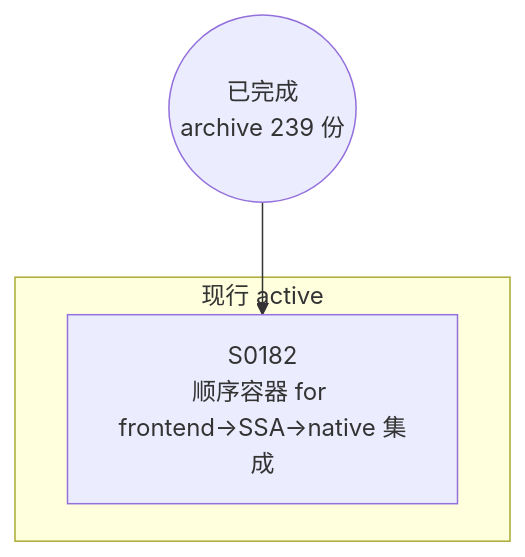
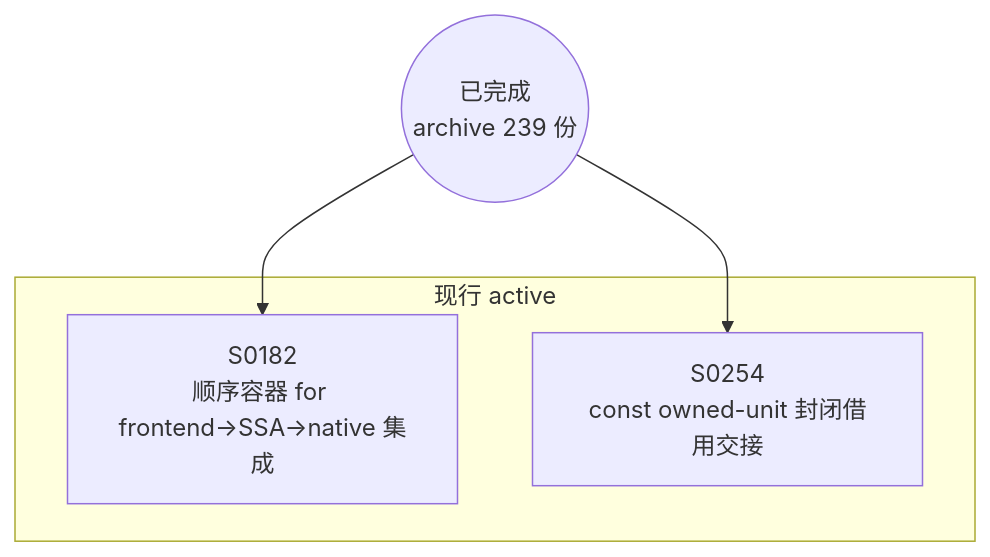
Before and after one commit to Halckon/Koven: the diagram in docs/specs/dependency-graph.md, drawn with Mermaid. The commit also changed other lines of this file and 7 other files, not shown here.

````diff
--- a/docs/specs/dependency-graph.md
+++ b/docs/specs/dependency-graph.md
@@ -9,8 +9,10 @@
 ```mermaid
 flowchart TD
 ARCH(("已完成<br/>archive 239 份"))
 subgraph Gactive["现行 active"]
   S0182["S0182<br/>顺序容器 for frontend→SSA→native 集成"]
+  S0254["S0254<br/>const owned-unit 封闭借用交接"]
 end
 ARCH --> S0182
+ARCH --> S0254
 ```
````
